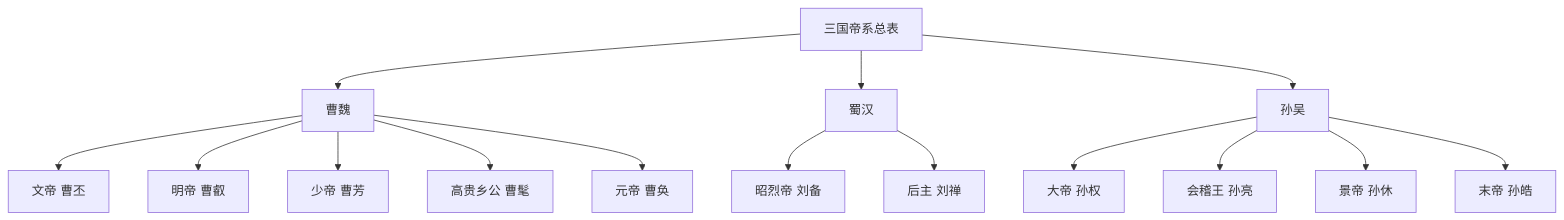
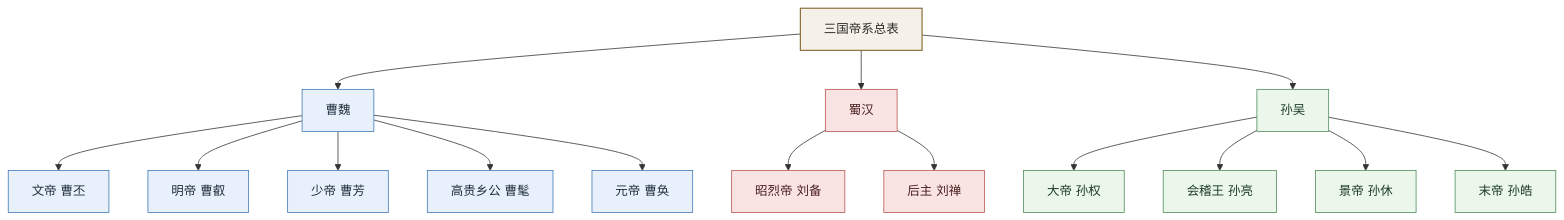
Before and after one commit to zhuguang-ZFG/reading: the diagram in 05_HISTORY/01_TABLES/02_MEDIEVAL/三国帝系总表.md, drawn with Mermaid. The commit also changed 2 other files, not shown here.

Commit message:
为历史帝系图添加颜色分组

````diff
--- a/05_HISTORY/01_TABLES/02_MEDIEVAL/三国帝系总表.md
+++ b/05_HISTORY/01_TABLES/02_MEDIEVAL/三国帝系总表.md
@@ -32,21 +32,31 @@
 ```mermaid
 flowchart TD
     A[三国帝系总表]
     A --> B[曹魏]
     A --> C[蜀汉]
     A --> D[孙吴]
 
     B --> B1[文帝 曹丕]
     B --> B2[明帝 曹叡]
     B --> B3[少帝 曹芳]
     B --> B4[高贵乡公 曹髦]
     B --> B5[元帝 曹奂]
 
     C --> C1[昭烈帝 刘备]
     C --> C2[后主 刘禅]
 
     D --> D1[大帝 孙权]
     D --> D2[会稽王 孙亮]
     D --> D3[景帝 孙休]
     D --> D4[末帝 孙皓]
+
+    classDef core fill:#f6f1e8,stroke:#8a6d3b,color:#2b2b2b,stroke-width:1.5px;
+    classDef wei fill:#e8f1fb,stroke:#3c78b5,color:#1f2d3d;
+    classDef shu fill:#f9e3e3,stroke:#b85450,color:#4a1f1f;
+    classDef wu fill:#eaf7ea,stroke:#4f8a5b,color:#1e3a24;
+
+    class A core;
+    class B,B1,B2,B3,B4,B5 wei;
+    class C,C1,C2 shu;
+    class D,D1,D2,D3,D4 wu;
 ```
````
